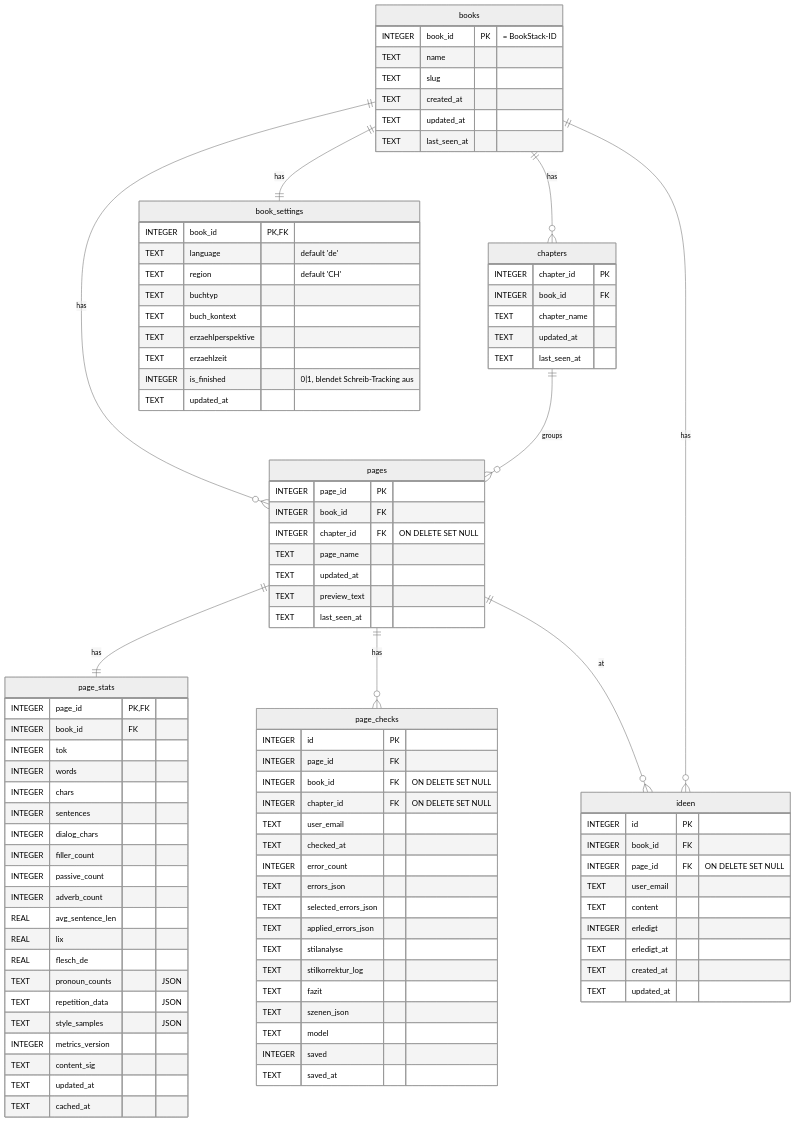
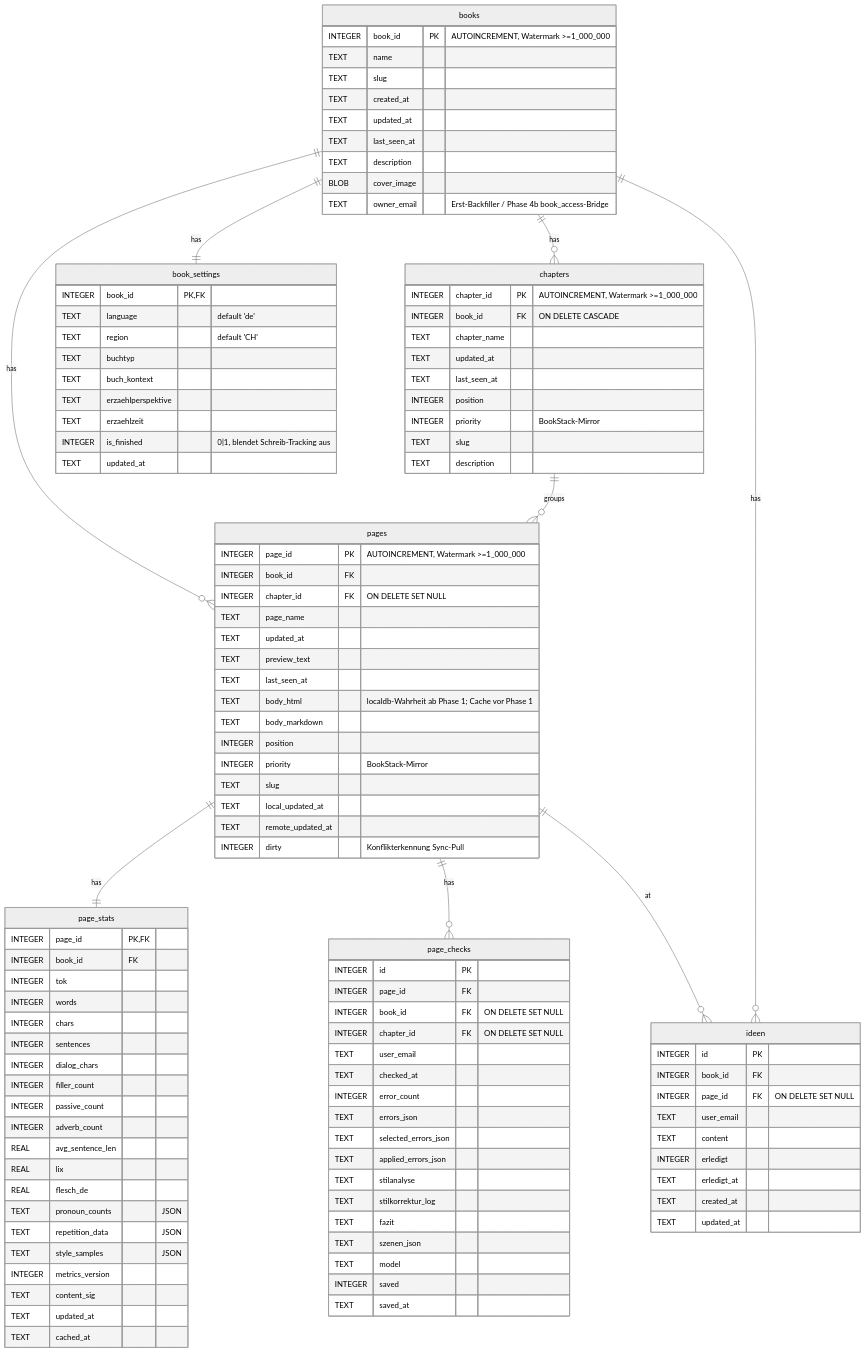
The second of 6 diagrams in docs/erd.md (bedeberger/schreibwerkstatt), drawn with Mermaid (neutral theme) before and after one commit. The commit also changed other lines of this file and 3 other files, not shown here.

````diff
--- a/docs/erd.md
+++ b/docs/erd.md
@@ -111,28 +111,43 @@
 ```mermaid
 erDiagram
   books {
-    INTEGER book_id PK "= BookStack-ID"
+    INTEGER book_id PK "AUTOINCREMENT, Watermark >=1_000_000"
     TEXT    name
     TEXT    slug
     TEXT    created_at
     TEXT    updated_at
     TEXT    last_seen_at
+    TEXT    description
+    BLOB    cover_image
+    TEXT    owner_email "Erst-Backfiller / Phase 4b book_access-Bridge"
   }
   chapters {
-    INTEGER chapter_id  PK
-    INTEGER book_id     FK
+    INTEGER chapter_id  PK "AUTOINCREMENT, Watermark >=1_000_000"
+    INTEGER book_id     FK "ON DELETE CASCADE"
     TEXT    chapter_name
     TEXT    updated_at
     TEXT    last_seen_at
+    INTEGER position
+    INTEGER priority "BookStack-Mirror"
+    TEXT    slug
+    TEXT    description
   }
   pages {
-    INTEGER page_id    PK
+    INTEGER page_id    PK "AUTOINCREMENT, Watermark >=1_000_000"
     INTEGER book_id    FK
     INTEGER chapter_id FK "ON DELETE SET NULL"
     TEXT    page_name
     TEXT    updated_at
     TEXT    preview_text
     TEXT    last_seen_at
+    TEXT    body_html "localdb-Wahrheit ab Phase 1; Cache vor Phase 1"
+    TEXT    body_markdown
+    INTEGER position
+    INTEGER priority "BookStack-Mirror"
+    TEXT    slug
+    TEXT    local_updated_at
+    TEXT    remote_updated_at
+    INTEGER dirty "Konflikterkennung Sync-Pull"
   }
   page_stats {
     INTEGER page_id          PK,FK
````
